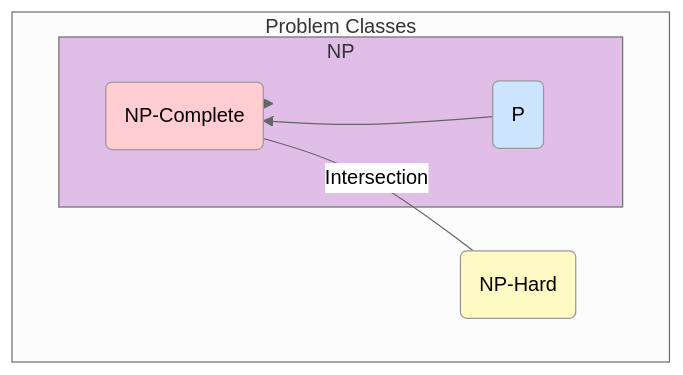
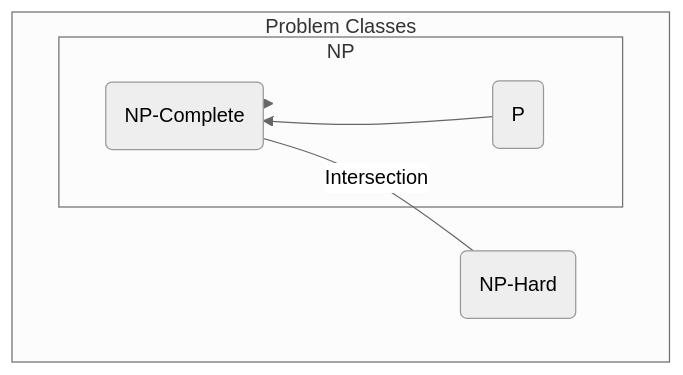
Before and after one commit to harimkang/ai-engineer-guide: the diagram in docs/1-cs-전공-지식/1-5-알고리즘/np-complete-and-approximation-algorithms.md, drawn with Mermaid (neutral theme). The commit also changed 45 other files, not shown here.

````diff
--- a/docs/1-cs-전공-지식/1-5-알고리즘/np-complete-and-approximation-algorithms.md
+++ b/docs/1-cs-전공-지식/1-5-알고리즘/np-complete-and-approximation-algorithms.md
@@ -20,18 +20,13 @@
 ```mermaid
 graph TD;
     subgraph "Problem Classes"
         NP_Hard("NP-Hard")
         subgraph NP
             NP_Complete("NP-Complete")
             P("P")
         end
     end
     P --> NP_Complete;
     NP_Complete --> NP;
     NP_Complete -- "Intersection" --- NP_Hard;
-
-    style P fill:#cde4ff
-    style NP_Complete fill:#ffcdd2
-    style NP fill:#e1bee7
-    style NP_Hard fill:#fff9c4
 ```
````
